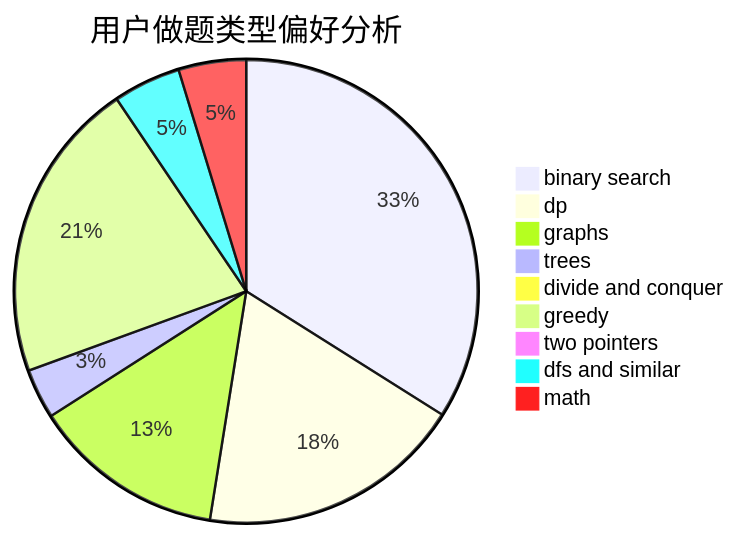
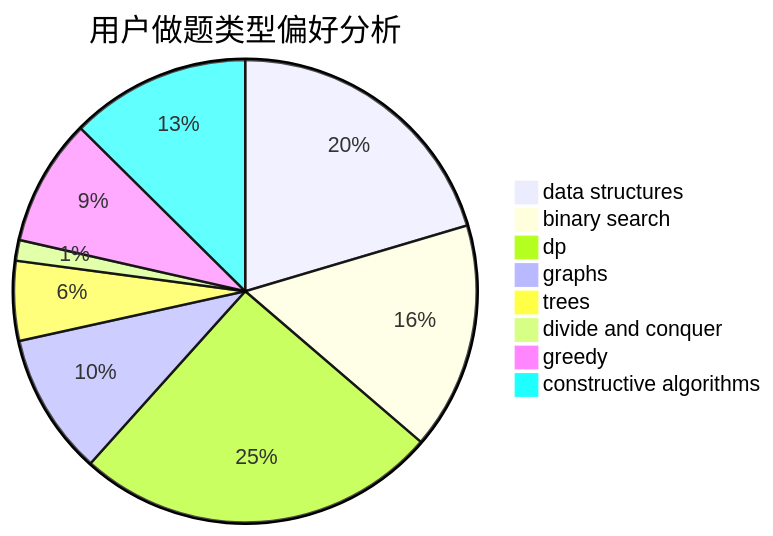
One commit to sherpahu/cfrs.github.io changed the second of 3 diagrams in docs/user/u491.md. Above: the diagram before and after it, drawn with Mermaid. The commit also changed other lines of this file and 2775 other files, not shown here.

````diff
--- a/docs/user/u491.md
+++ b/docs/user/u491.md
@@ -23,12 +23,11 @@
 ```mermaid
 pie title 用户做题类型偏好分析
-    "binary search" :  331
-    "dp" :  181
-    "graphs" :  131
-    "trees" :  34
+    "data structures" :  99
+    "binary search" :  77
+    "dp" :  123
+    "graphs" :  48
+    "trees" :  27
     "divide and conquer" :  7
-    "greedy" :  206
-    "two pointers" :  9
-    "dfs and similar" :  46
-    "math" :  46
+    "greedy" :  43
+    "constructive algorithms" :  61
 ```
````
